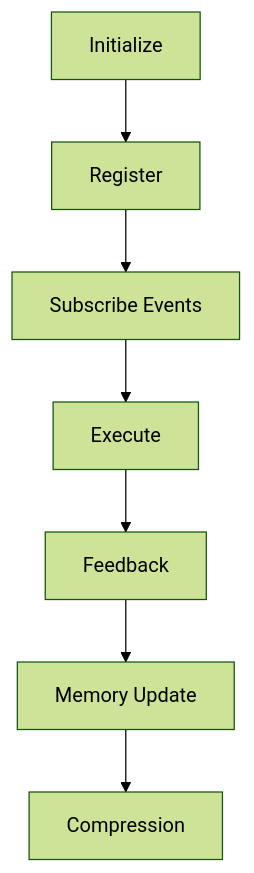
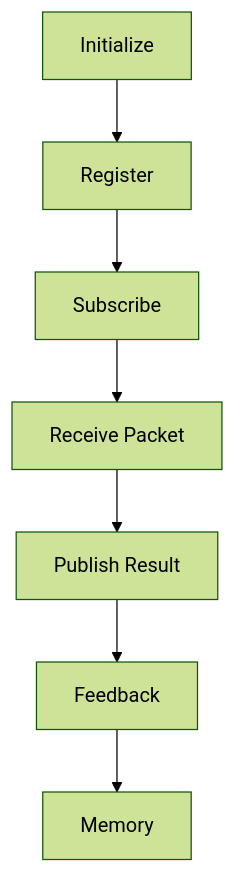
One commit to o-yutaka/B changed the first of 2 diagrams in docs/ARCHITECTURE.md. Above: the diagram before and after it, drawn with Mermaid (forest theme). The commit also changed other lines of this file and 43 other files, not shown here.

````diff
--- a/docs/ARCHITECTURE.md
+++ b/docs/ARCHITECTURE.md
@@ -9,9 +11,9 @@
 ```mermaid
 flowchart TD
     A[Initialize] --> B[Register]
-    B --> C[Subscribe Events]
-    C --> D[Execute]
-    D --> E[Feedback]
-    E --> F[Memory Update]
-    F --> G[Compression]
+    B --> C[Subscribe]
+    C --> D[Receive Packet]
+    D --> E[Publish Result]
+    E --> F[Feedback]
+    F --> G[Memory]
 ```
````
